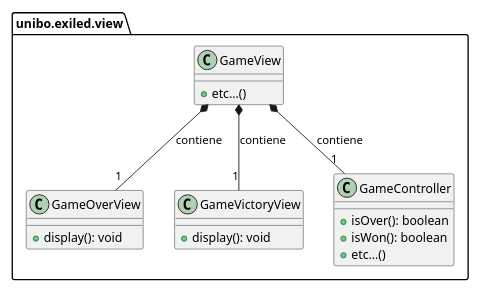
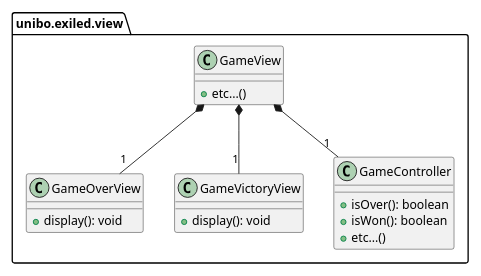
One commit to unibo-oop-projects/OOP23-Baldoni-Beylax-Casadei-MarcoMagnani03-Pazzaglia-exiled changed the diagram in docs/victory_gameover/the-exiled-victory_gameover-uml.puml. Above: the diagram before and after it, drawn with PlantUML. The commit also changed 5 other files, not shown here.

```diff
--- a/docs/victory_gameover/the-exiled-victory_gameover-uml.puml
+++ b/docs/victory_gameover/the-exiled-victory_gameover-uml.puml
@@ -1,30 +1,30 @@
 @startuml
 scale 0.7
 set separator none
 package unibo.exiled.view
 {
   class GameView {
     + etc...()
   }
   
   class GameOverView {
     + display(): void
   }
   
   class GameVictoryView {
     + display(): void
   }
   
   
   class GameController {
     + isOver(): boolean
     + isWon(): boolean
     + etc...()
   }
 
 }
 
-GameView *-- "1" GameOverView : contiene
-GameView *-- "1" GameVictoryView : contiene
-GameView *-- "1" GameController : contiene
+GameView *-- "1" GameOverView 
+GameView *-- "1" GameVictoryView 
+GameView *-- "1" GameController
 @enduml
```
